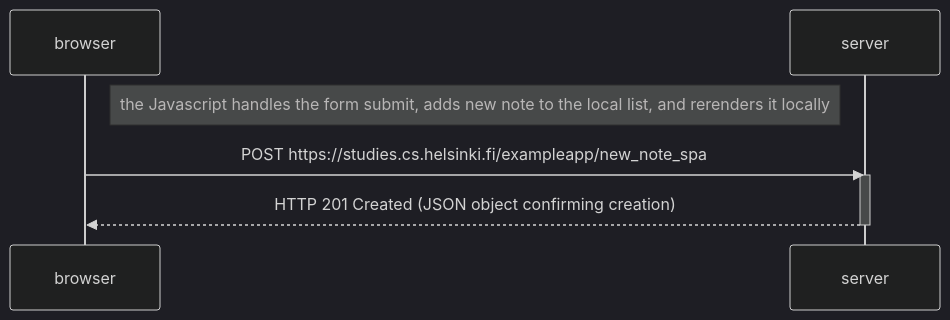
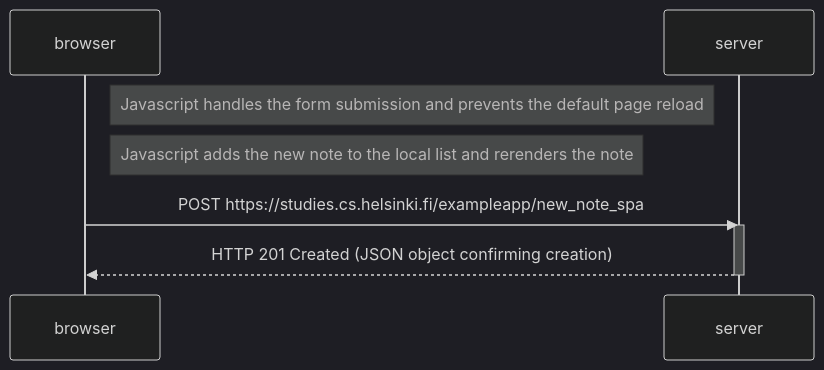
One commit to JaarleesTech/fullstackopen changed the diagram in part0/0.6-new-note-spa.md. Above: the diagram before and after it, drawn with Mermaid (dark theme).

Commit message:
add a note to part0/0.6-new-note-spa

````diff
--- a/part0/0.6-new-note-spa.md
+++ b/part0/0.6-new-note-spa.md
@@ -3,13 +3,15 @@
 ```mermaid
 sequenceDiagram
     participant browser
     participant server
 
-    Note right of browser: the Javascript handles the form submit, adds new note to the local list, and rerenders it locally
+    Note right of browser: Javascript handles the form submission and prevents the default page reload
+
+    Note right of browser: Javascript adds the new note to the local list and rerenders the note
 
     browser->>server: POST https://studies.cs.helsinki.fi/exampleapp/new_note_spa
     activate server
     server-->>browser: HTTP 201 Created (JSON object confirming creation) 
     deactivate server
 
 ```
````
